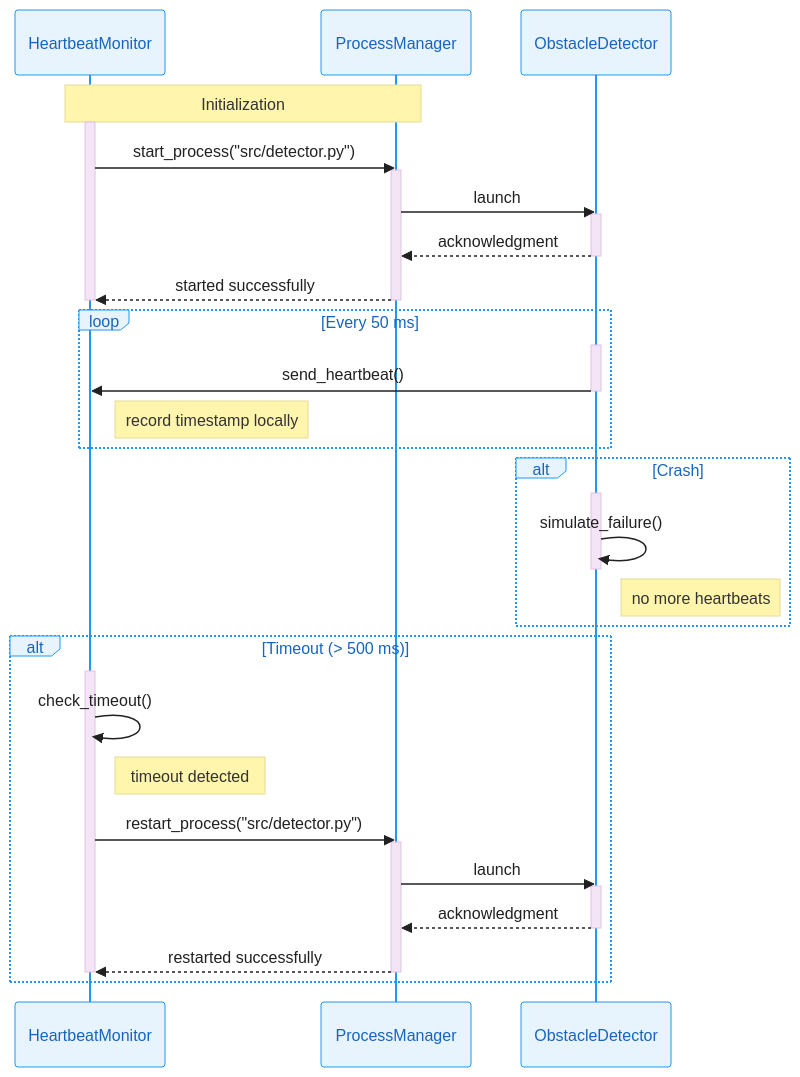
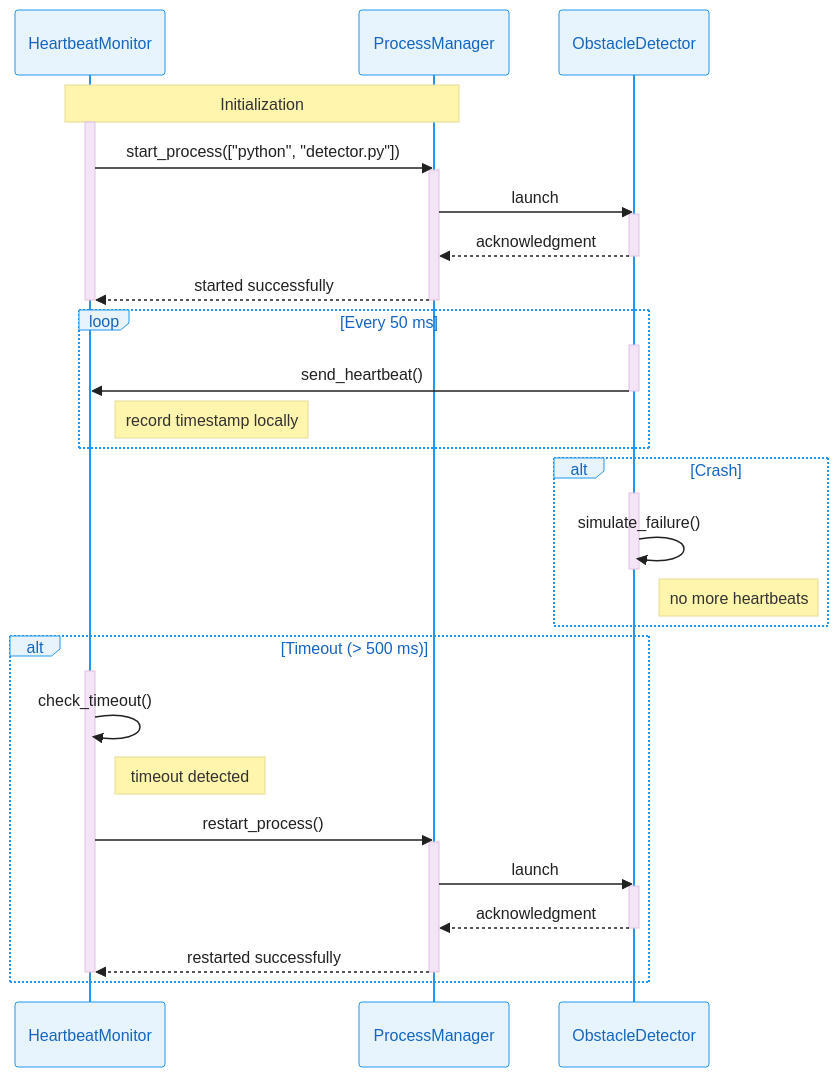
Before and after one commit to ajbarea/heartbeat-obstacle-detector: the second of 2 diagrams in README.md, drawn with Mermaid. The commit also changed other lines of this file and 3 other files, not shown here.

Commit message:
Add CI workflow for testing, coverage, and SonarQube analysis; update README and diagrams for clarity and consistency

````diff
--- a/README.md
+++ b/README.md
@@ -117,76 +124,76 @@
 ```mermaid
 ---
 config:
   theme: 'base'
   themeVariables:
     primaryColor: '#E8F4FD'
     primaryBorderColor: '#2196F3'
     primaryTextColor: '#1565C0'
     secondaryColor: '#F3E5F5'
     secondaryBorderColor: '#9C27B0'
     secondaryTextColor: '#6A1B9A'
     tertiaryColor: '#E8F5E8'
     tertiaryBorderColor: '#4CAF50'
     tertiaryTextColor: '#2E7D32'
     lineColor: '#424242'
     background: '#FAFAFA'
     textColor: '#212121'
     nodeTextColor: '#1565C0'
     edgeLabelBackground: '#FFFFFF'
     clusterBkg: '#F5F5F5'
     clusterBorder: '#BDBDBD'
     fillType0: '#E3F2FD'
     fillType1: '#F3E5F5'
     fillType2: '#E8F5E8'
     fillType3: '#FFF3E0'
     fillType4: '#FCE4EC'
     fillType5: '#F1F8E9'
     fillType6: '#E0F2F1'
     fillType7: '#FFF8E1'
 ---
 sequenceDiagram
     participant M as HeartbeatMonitor
     participant P as ProcessManager
     participant W as ObstacleDetector
 
     Note over M,P: Initialization
     activate M
-    M->>P: start_process("src/detector.py")
+    M->>P: start_process(["python", "detector.py"])
     activate P
     P->>W: launch
     activate W
     W-->>P: acknowledgment
     deactivate W
     P-->>M: started successfully
     deactivate P
     deactivate M
 
     loop Every 50 ms
         activate W
         W->>M: send_heartbeat()
         deactivate W
         Note right of M: record timestamp locally
     end
 
     alt Crash
         activate W
         W->>W: simulate_failure()
         deactivate W
         Note right of W: no more heartbeats
     end
 
     alt Timeout (> 500 ms)
         activate M
         M->>M: check_timeout()
         Note right of M: timeout detected
-        M->>P: restart_process("src/detector.py")
+        M->>P: restart_process()
         activate P
         P->>W: launch
         activate W
         W-->>P: acknowledgment
         deactivate W
         P-->>M: restarted successfully
         deactivate P
         deactivate M
     end
 ```
````
